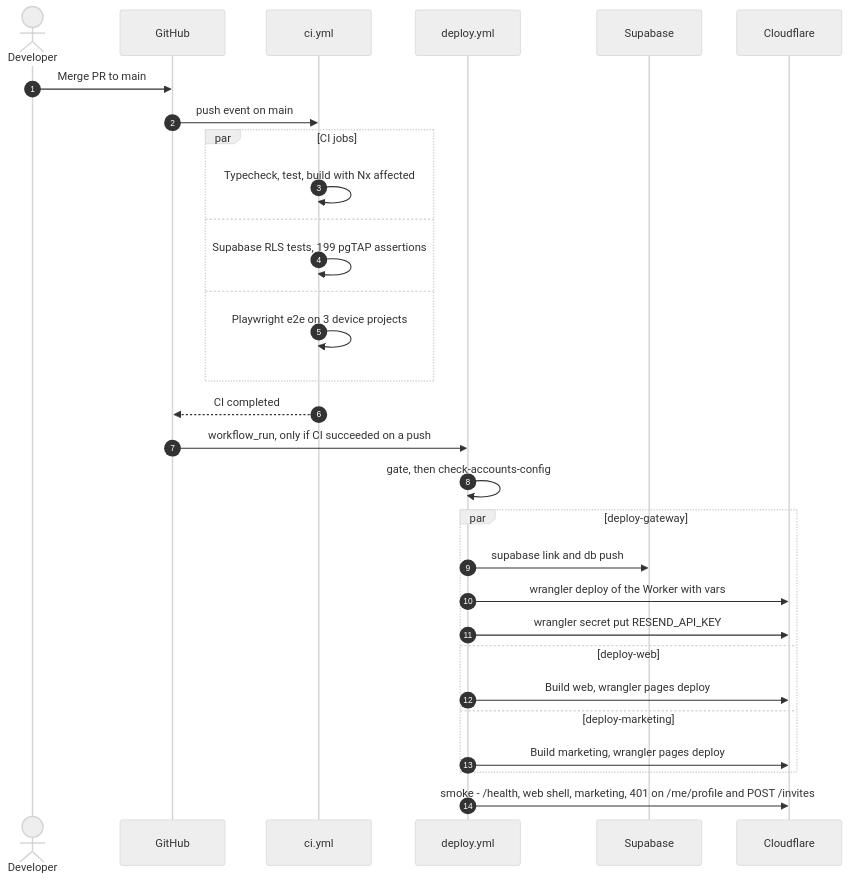
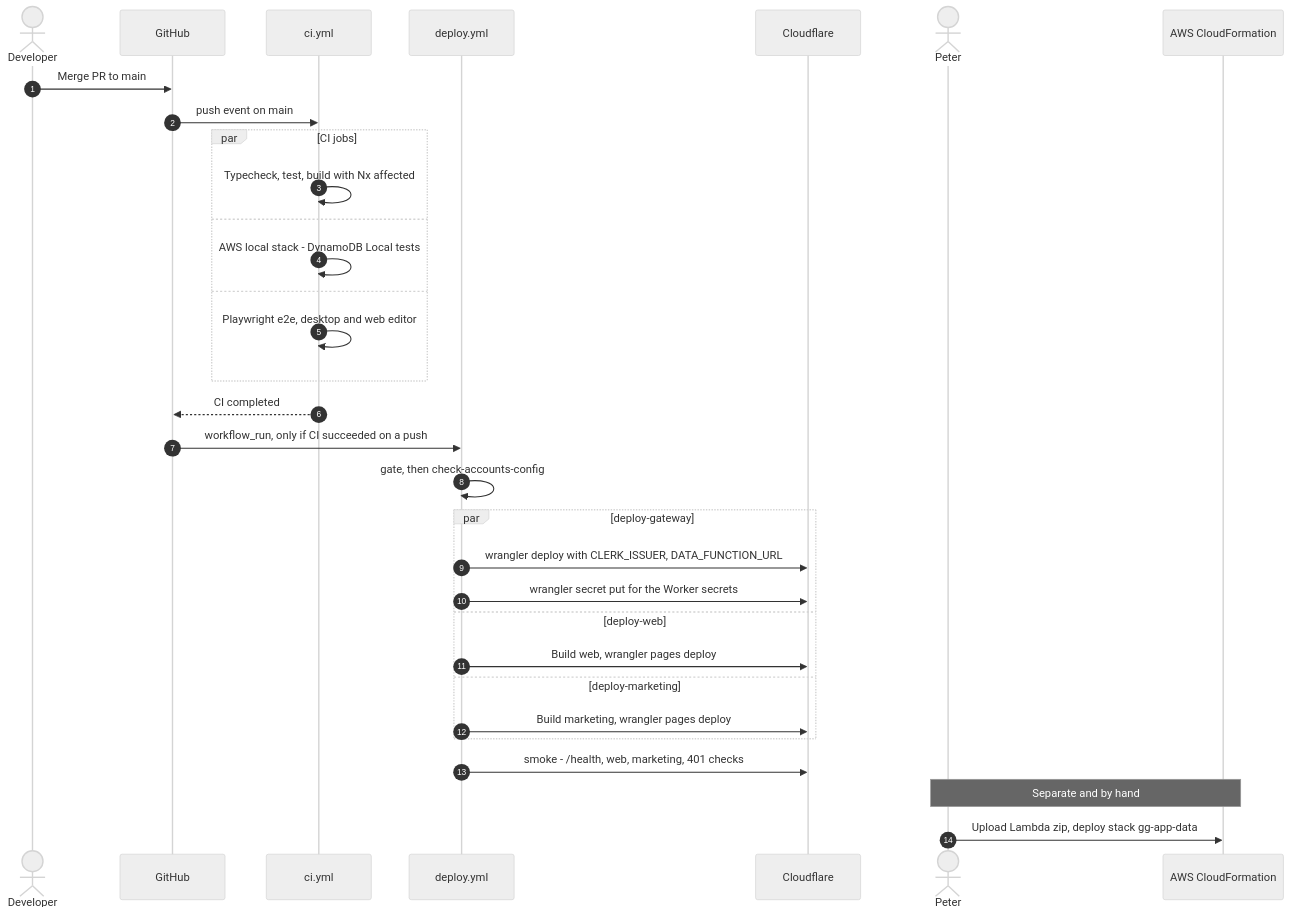
Before and after one commit to grieverguidetech/griever-guidance: the sixth of 8 diagrams in docs/backend-services.md, drawn with Mermaid (neutral theme). The commit also changed other lines of this file, not shown here.

Commit message:
docs: redraw backend-services diagrams for the AWS backend (#911)

````diff
--- a/docs/backend-services.md
+++ b/docs/backend-services.md
@@ -620,33 +541,35 @@
 ```mermaid
 sequenceDiagram
   autonumber
   actor D as Developer
   participant GH as GitHub
   participant CI as ci.yml
   participant DP as deploy.yml
-  participant SB as Supabase
   participant CF as Cloudflare
+  actor P as Peter
+  participant AWS as AWS CloudFormation
 
   D->>GH: Merge PR to main
   GH->>CI: push event on main
   par CI jobs
     CI->>CI: Typecheck, test, build with Nx affected
   and
-    CI->>CI: Supabase RLS tests, 199 pgTAP assertions
+    CI->>CI: AWS local stack - DynamoDB Local tests
   and
-    CI->>CI: Playwright e2e on 3 device projects
+    CI->>CI: Playwright e2e, desktop and web editor
   end
   CI-->>GH: CI completed
   GH->>DP: workflow_run, only if CI succeeded on a push
   DP->>DP: gate, then check-accounts-config
   par deploy-gateway
-    DP->>SB: supabase link and db push
-    DP->>CF: wrangler deploy of the Worker with vars
-    DP->>CF: wrangler secret put RESEND_API_KEY
+    DP->>CF: wrangler deploy with CLERK_ISSUER, DATA_FUNCTION_URL
+    DP->>CF: wrangler secret put for the Worker secrets
   and deploy-web
     DP->>CF: Build web, wrangler pages deploy
   and deploy-marketing
     DP->>CF: Build marketing, wrangler pages deploy
   end
-  DP->>CF: smoke - /health, web shell, marketing, 401 on /me/profile and POST /invites
+  DP->>CF: smoke - /health, web, marketing, 401 checks
+  Note over P,AWS: Separate and by hand
+  P->>AWS: Upload Lambda zip, deploy stack gg-app-data
 ```
````
